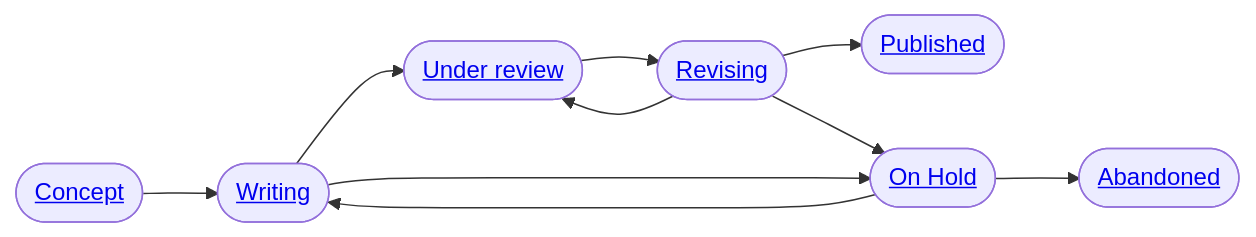
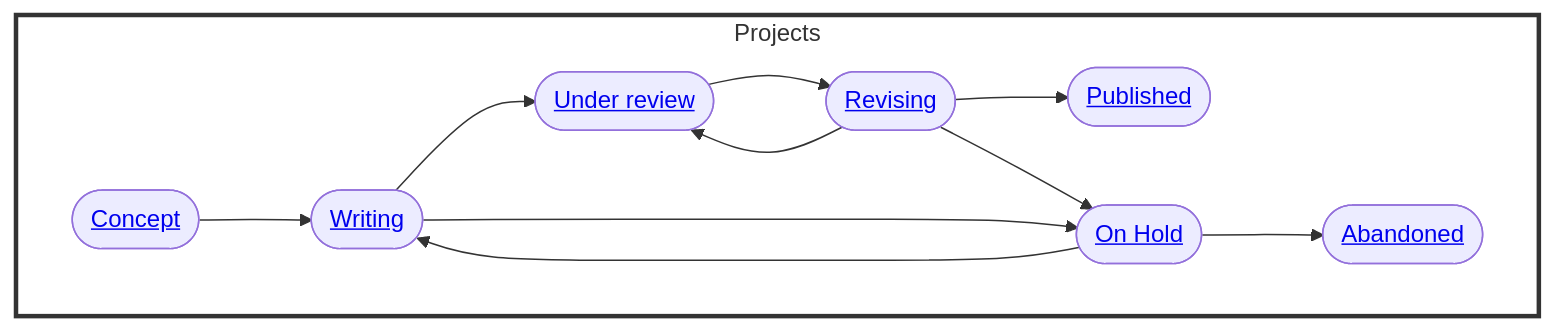
One commit to digital-work-lab/handbook changed the diagram in docs/20-research/index.md. Above: the diagram before and after it, drawn with Mermaid.

````diff
--- a/docs/20-research/index.md
+++ b/docs/20-research/index.md
@@ -14,14 +14,18 @@
 ```mermaid
 
 flowchart LR
-    Concept(["<a href='#concept'>Concept</a>"]) --> Writing(["<a href='#writing'>Writing</a>"])
-    Writing --> UnderReview(["<a href='#under-review'>Under review</a>"])
-    UnderReview --> Revising(["<a href='#revising'>Revising</a>"])
-    Revising --> UnderReview
-    Revising --> Published(["<a href='#published'>Published</a>"])
-    Writing --> OnHold(["<a href='#on-hold'>On Hold</a>"])
-    Revising --> OnHold
-    OnHold --> Abandoned(["<a href='#abandoned'>Abandoned</a>"])
-    OnHold --> Writing
+    subgraph Projects
+        direction LR
+        Concept(["<a href='#concept'>Concept</a>"]) --> Writing(["<a href='#writing'>Writing</a>"])
+        Writing --> UnderReview(["<a href='#under-review'>Under review</a>"])
+        UnderReview --> Revising(["<a href='#revising'>Revising</a>"])
+        Revising --> UnderReview
+        Revising --> Published(["<a href='#published'>Published</a>"])
+        Writing --> OnHold(["<a href='#on-hold'>On Hold</a>"])
+        Revising --> OnHold
+        OnHold --> Abandoned(["<a href='#abandoned'>Abandoned</a>"])
+        OnHold --> Writing
+    end
+    style Projects fill:white,stroke:#333,stroke-width:3px
 
 ```
````
